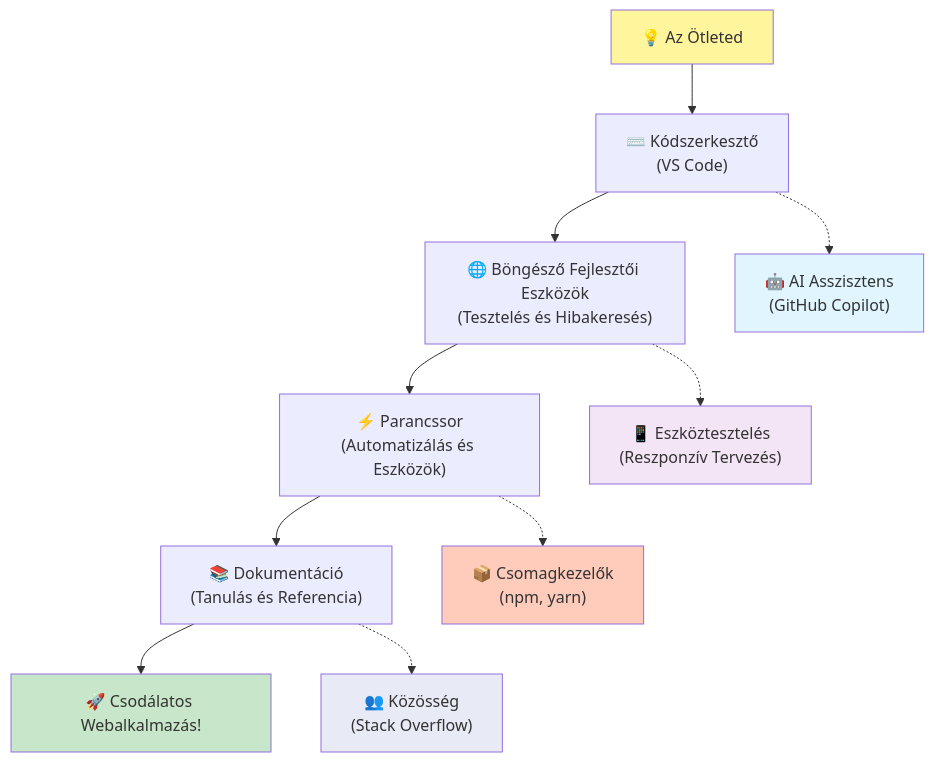
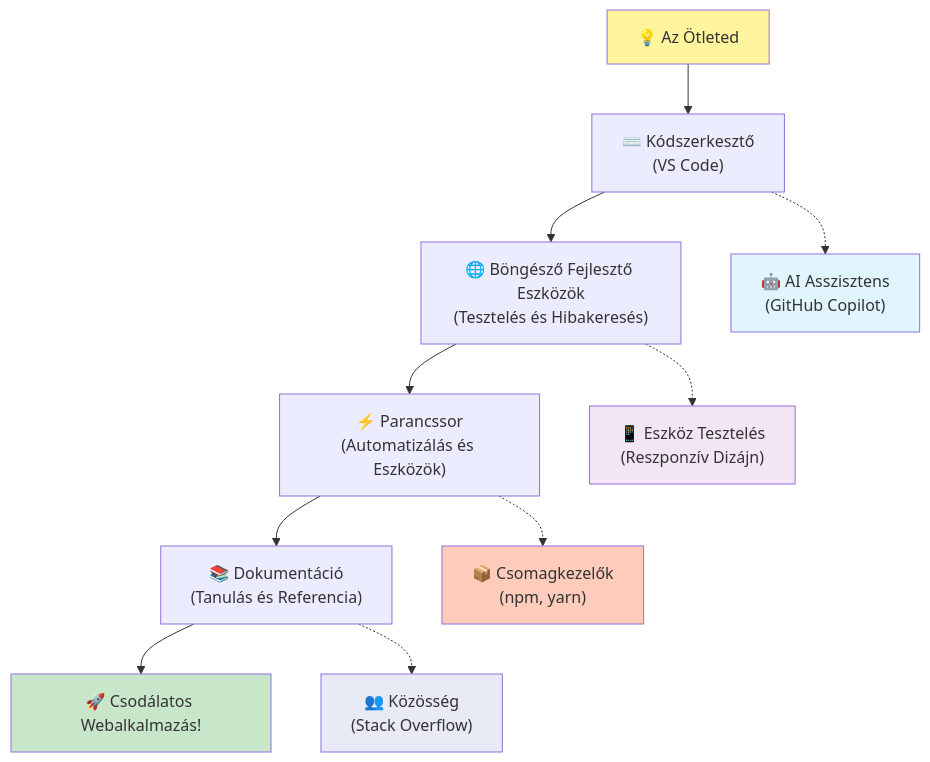
One commit to microsoft/Web-Dev-For-Beginners changed the fifth of 7 diagrams in translations/hu/1-getting-started-lessons/1-intro-to-programming-languages/README.md. Above: the diagram before and after it, drawn with Mermaid. The commit also changed other lines of this file and 8 other files, not shown here.

````diff
--- a/translations/hu/1-getting-started-lessons/1-intro-to-programming-languages/README.md
+++ b/translations/hu/1-getting-started-lessons/1-intro-to-programming-languages/README.md
@@ -488,20 +488,20 @@
 ```mermaid
 graph TD
     A["💡 Az Ötleted"] --> B["⌨️ Kódszerkesztő<br/>(VS Code)"] 
-    B --> C["🌐 Böngésző Fejlesztői Eszközök<br/>(Tesztelés és Hibakeresés)"]
+    B --> C["🌐 Böngésző Fejlesztő Eszközök<br/>(Tesztelés és Hibakeresés)"]
     C --> D["⚡ Parancssor<br/>(Automatizálás és Eszközök)"]
     D --> E["📚 Dokumentáció<br/>(Tanulás és Referencia)"]
     E --> F["🚀 Csodálatos Webalkalmazás!"]
     
     B -.-> G["🤖 AI Asszisztens<br/>(GitHub Copilot)"]
-    C -.-> H["📱 Eszköztesztelés<br/>(Reszponzív Tervezés)"]
+    C -.-> H["📱 Eszköz Tesztelés<br/>(Reszponzív Dizájn)"]
     D -.-> I["📦 Csomagkezelők<br/>(npm, yarn)"]
     E -.-> J["👥 Közösség<br/>(Stack Overflow)"]
     
     style A fill:#fff59d
     style F fill:#c8e6c9
     style G fill:#e1f5fe
     style H fill:#f3e5f5
     style I fill:#ffccbc
     style J fill:#e8eaf6
 ```
````
